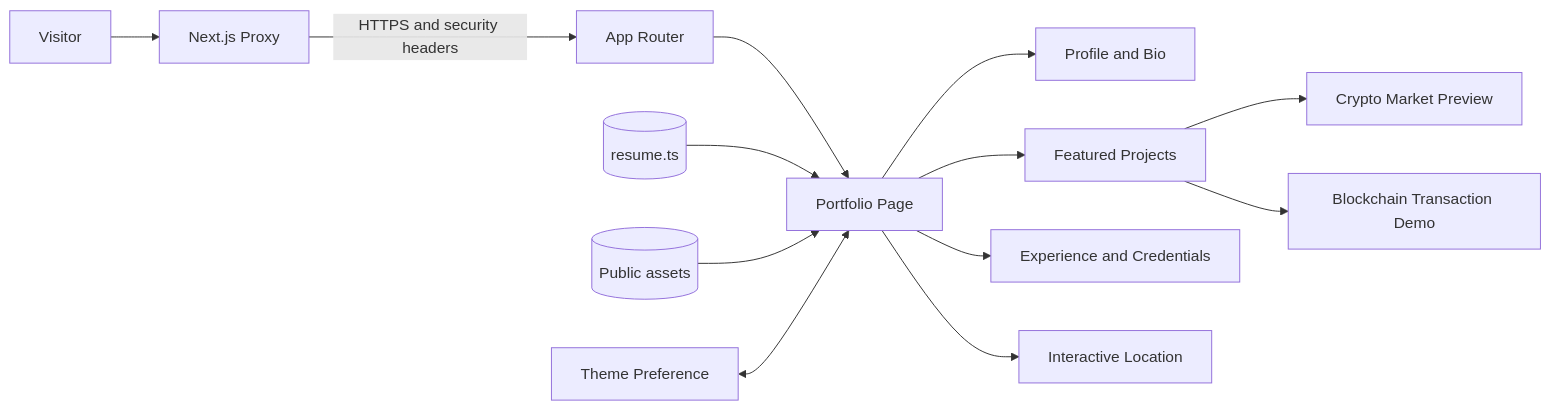
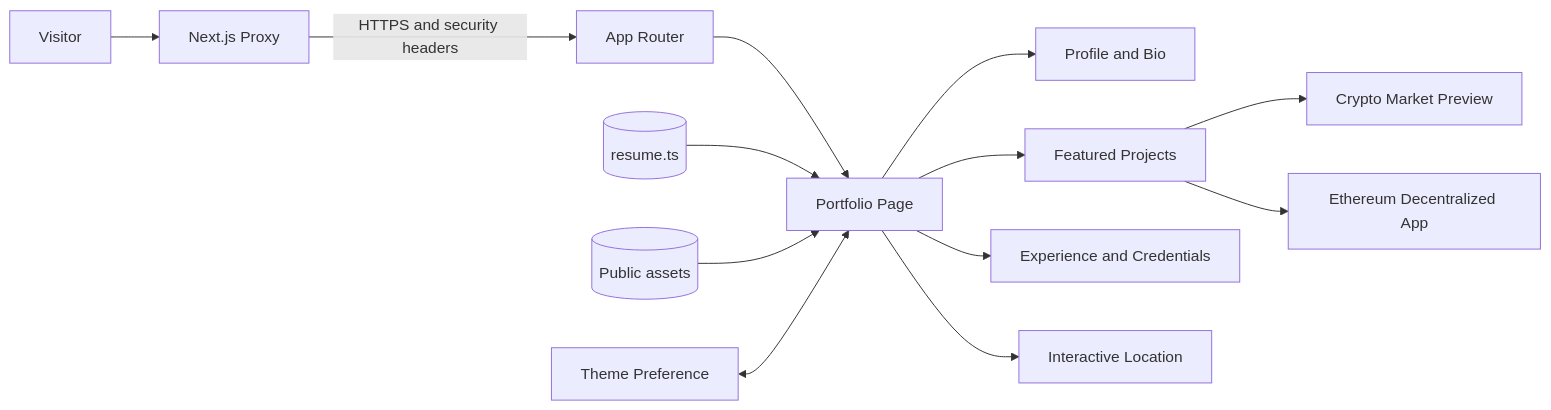
One commit to SiddheshRaje/SiddheshApp changed the first of 2 diagrams in README.md. Above: the diagram before and after it, drawn with Mermaid. The commit also changed other lines of this file and 19 other files, not shown here.

````diff
--- a/README.md
+++ b/README.md
@@ -48,19 +48,19 @@
 ```mermaid
 flowchart LR
     Visitor[Visitor] --> Proxy[Next.js Proxy]
     Proxy -->|HTTPS and security headers| Router[App Router]
     Router --> Page[Portfolio Page]
 
     Data[(resume.ts)] --> Page
     Assets[(Public assets)] --> Page
 
     Page --> Profile[Profile and Bio]
     Page --> Work[Featured Projects]
     Page --> Career[Experience and Credentials]
     Page --> Map[Interactive Location]
 
     Work --> Market[Crypto Market Preview]
-    Work --> Chain[Blockchain Transaction Demo]
+    Work --> Chain[Ethereum Decentralized App]
 
     Theme[Theme Preference] <--> Page
 ```
````
